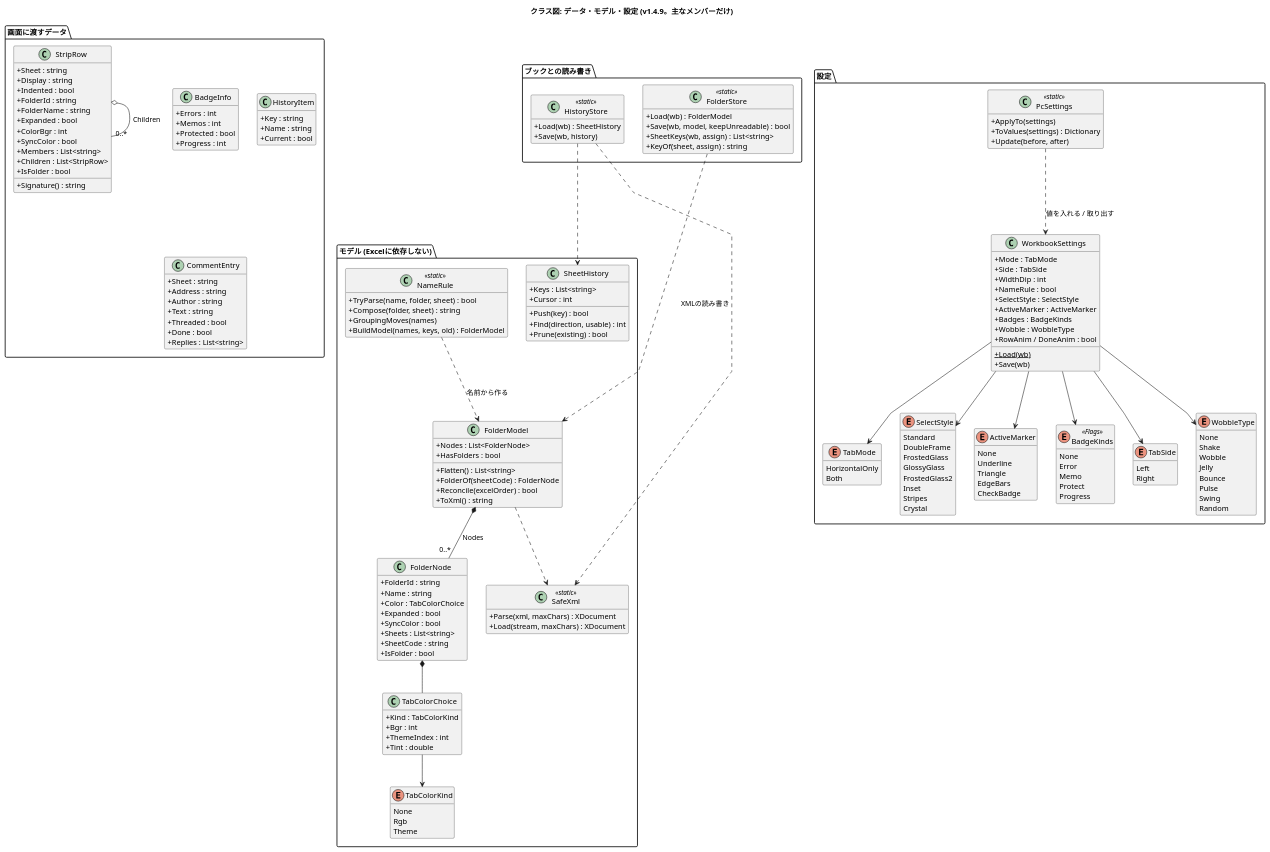
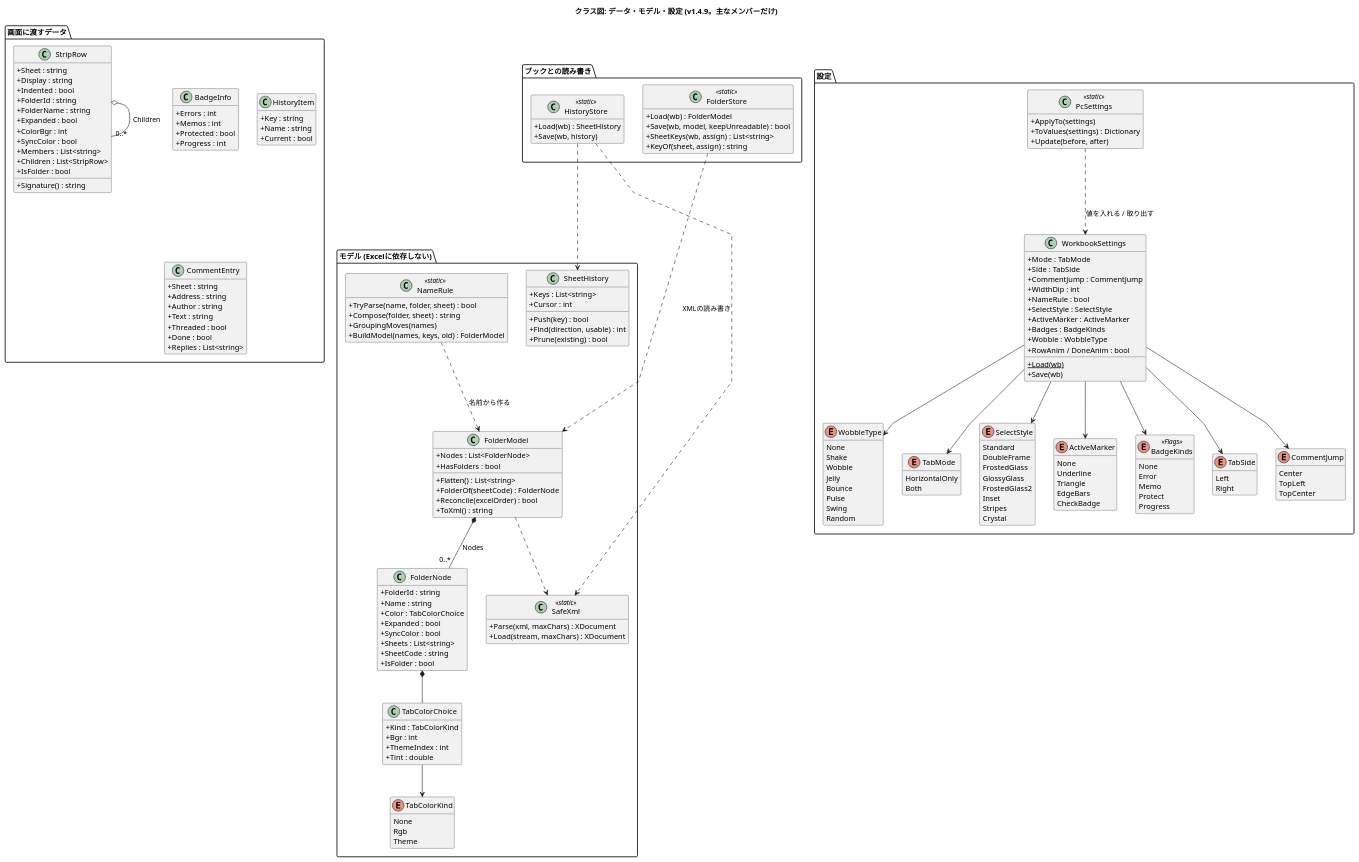
The diagram in docs/class-data.puml (nk-taka623/VerticalSheetTabs), drawn with PlantUML before and after one commit. The commit also changed 3 other files, not shown here.

Commit message:
クラス図とコメントのシーケンス図に、コメントの移動先の設定 (CommentJump) を反映する

```diff
--- a/docs/class-data.puml
+++ b/docs/class-data.puml
@@ -1,188 +1,195 @@
 @startuml
 title クラス図: データ・モデル・設定 (v1.4.9。主なメンバーだけ)
 skinparam shadowing false
 skinparam classAttributeIconSize 0
 skinparam linetype polyline
 hide empty members
 
 package "モデル (Excelに依存しない)" {
   class FolderModel {
     +Nodes : List<FolderNode>
     +HasFolders : bool
     +Flatten() : List<string>
     +FolderOf(sheetCode) : FolderNode
     +Reconcile(excelOrder) : bool
     +ToXml() : string
   }
   class FolderNode {
     +FolderId : string
     +Name : string
     +Color : TabColorChoice
     +Expanded : bool
     +SyncColor : bool
     +Sheets : List<string>
     +SheetCode : string
     +IsFolder : bool
   }
   class TabColorChoice {
     +Kind : TabColorKind
     +Bgr : int
     +ThemeIndex : int
     +Tint : double
   }
   enum TabColorKind {
     None
     Rgb
     Theme
   }
   class SheetHistory {
     +Keys : List<string>
     +Cursor : int
     +Push(key) : bool
     +Find(direction, usable) : int
     +Prune(existing) : bool
   }
   class NameRule <<static>> {
     +TryParse(name, folder, sheet) : bool
     +Compose(folder, sheet) : string
     +GroupingMoves(names)
     +BuildModel(names, keys, old) : FolderModel
   }
   class SafeXml <<static>> {
     +Parse(xml, maxChars) : XDocument
     +Load(stream, maxChars) : XDocument
   }
 }
 
 package "ブックとの読み書き" {
   class FolderStore <<static>> {
     +Load(wb) : FolderModel
     +Save(wb, model, keepUnreadable) : bool
     +SheetKeys(wb, assign) : List<string>
     +KeyOf(sheet, assign) : string
   }
   class HistoryStore <<static>> {
     +Load(wb) : SheetHistory
     +Save(wb, history)
   }
 }
 
 package "設定" {
   class WorkbookSettings {
     +Mode : TabMode
     +Side : TabSide
+    +CommentJump : CommentJump
     +WidthDip : int
     +NameRule : bool
     +SelectStyle : SelectStyle
     +ActiveMarker : ActiveMarker
     +Badges : BadgeKinds
     +Wobble : WobbleType
     +RowAnim / DoneAnim : bool
     +Load(wb) {static}
     +Save(wb)
   }
   class PcSettings <<static>> {
     +ApplyTo(settings)
     +ToValues(settings) : Dictionary
     +Update(before, after)
   }
   enum TabMode {
     HorizontalOnly
     Both
   }
   enum SelectStyle {
     Standard
     DoubleFrame
     FrostedGlass
     GlossyGlass
     FrostedGlass2
     Inset
     Stripes
     Crystal
   }
   enum ActiveMarker {
     None
     Underline
     Triangle
     EdgeBars
     CheckBadge
   }
   enum BadgeKinds <<Flags>> {
     None
     Error
     Memo
     Protect
     Progress
   }
   enum TabSide {
     Left
     Right
+  }
+  enum CommentJump {
+    Center
+    TopLeft
+    TopCenter
   }
   enum WobbleType {
     None
     Shake
     Wobble
     Jelly
     Bounce
     Pulse
     Swing
     Random
   }
 }
 
 package "画面に渡すデータ" {
   class StripRow {
     +Sheet : string
     +Display : string
     +Indented : bool
     +FolderId : string
     +FolderName : string
     +Expanded : bool
     +ColorBgr : int
     +SyncColor : bool
     +Members : List<string>
     +Children : List<StripRow>
     +IsFolder : bool
     +Signature() : string
   }
   class BadgeInfo {
     +Errors : int
     +Memos : int
     +Protected : bool
     +Progress : int
   }
   class HistoryItem {
     +Key : string
     +Name : string
     +Current : bool
   }
   class CommentEntry {
     +Sheet : string
     +Address : string
     +Author : string
     +Text : string
     +Threaded : bool
     +Done : bool
     +Replies : List<string>
   }
 }
 
 FolderModel *-- "0..*" FolderNode : Nodes
 FolderNode *-- TabColorChoice
 TabColorChoice --> TabColorKind
 StripRow o-- "0..*" StripRow : Children
 
 FolderStore ..> FolderModel : XMLの読み書き
 FolderModel ..> SafeXml
 HistoryStore ..> SheetHistory
 HistoryStore ..> SafeXml
 NameRule ..> FolderModel : 名前から作る
 
 WorkbookSettings --> TabMode
 WorkbookSettings --> TabSide
+WorkbookSettings --> CommentJump
 WorkbookSettings --> SelectStyle
 WorkbookSettings --> ActiveMarker
 WorkbookSettings --> BadgeKinds
 WorkbookSettings --> WobbleType
 PcSettings ..> WorkbookSettings : 値を入れる / 取り出す
 @enduml
```
